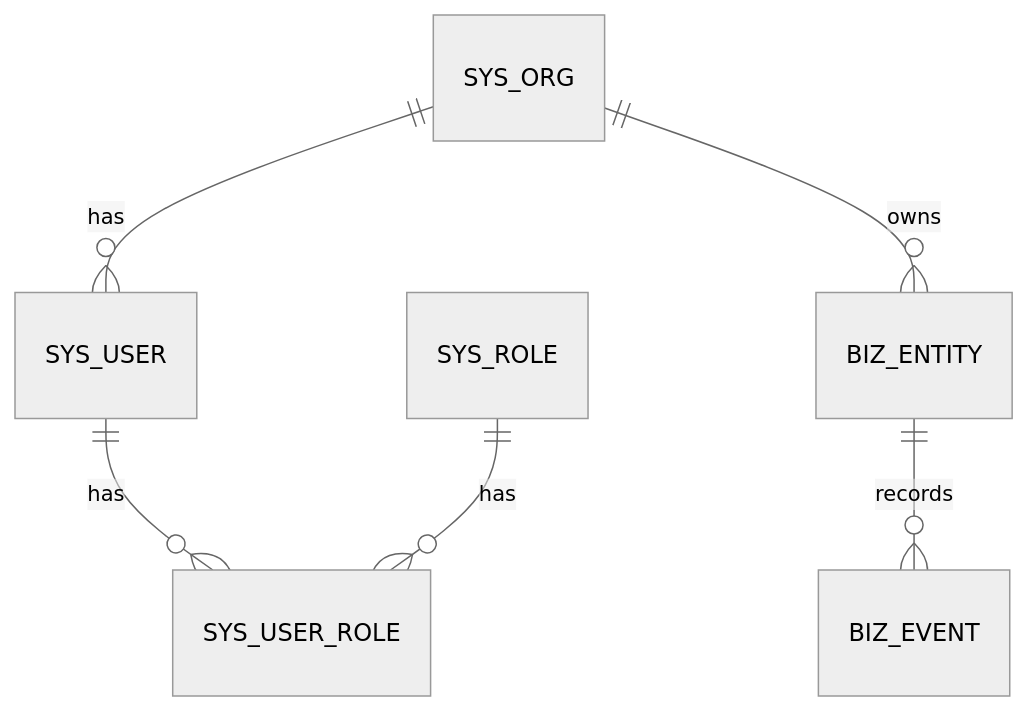
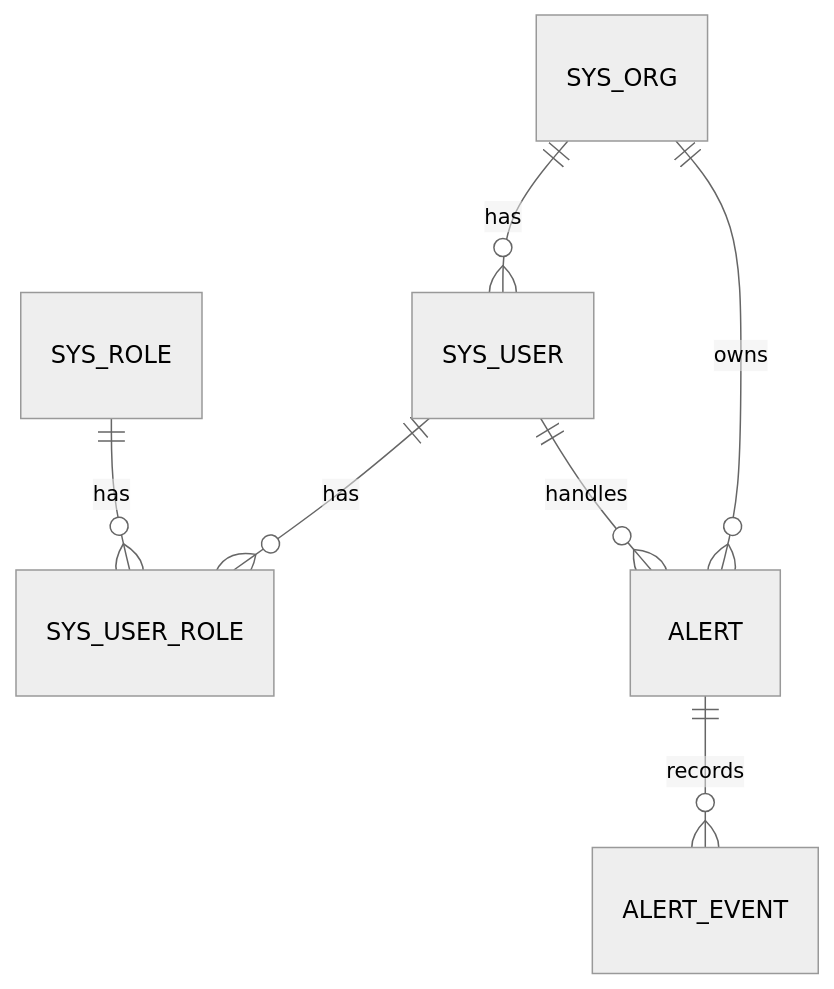
Before and after one commit to WangYing829/AI-Software-Factory: the diagram in 04-database/02-er-diagram.md, drawn with Mermaid (neutral theme). The commit also changed other lines of this file and 34 other files, not shown here.

````diff
--- a/04-database/02-er-diagram.md
+++ b/04-database/02-er-diagram.md
@@ -5,8 +7,9 @@
 ```mermaid
 erDiagram
   SYS_ORG ||--o{ SYS_USER : has
   SYS_USER ||--o{ SYS_USER_ROLE : has
   SYS_ROLE ||--o{ SYS_USER_ROLE : has
-  SYS_ORG ||--o{ BIZ_ENTITY : owns
-  BIZ_ENTITY ||--o{ BIZ_EVENT : records
+  SYS_ORG ||--o{ ALERT : owns
+  SYS_USER ||--o{ ALERT : handles
+  ALERT ||--o{ ALERT_EVENT : records
 ```
````
